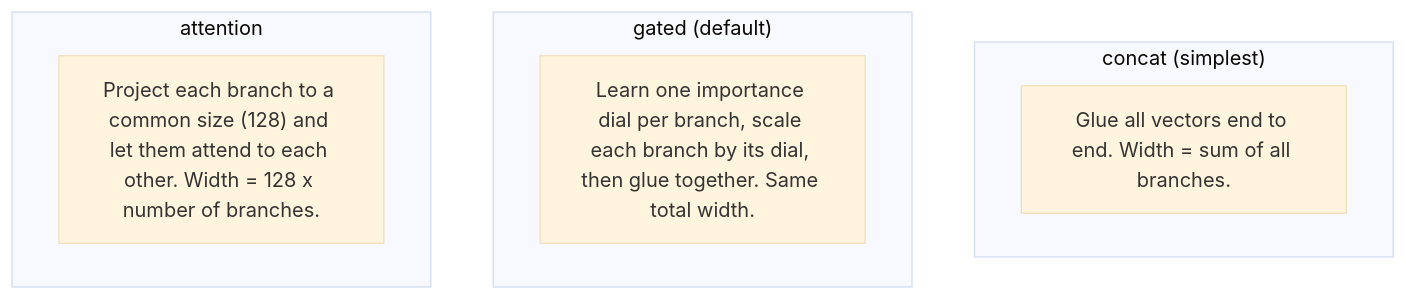
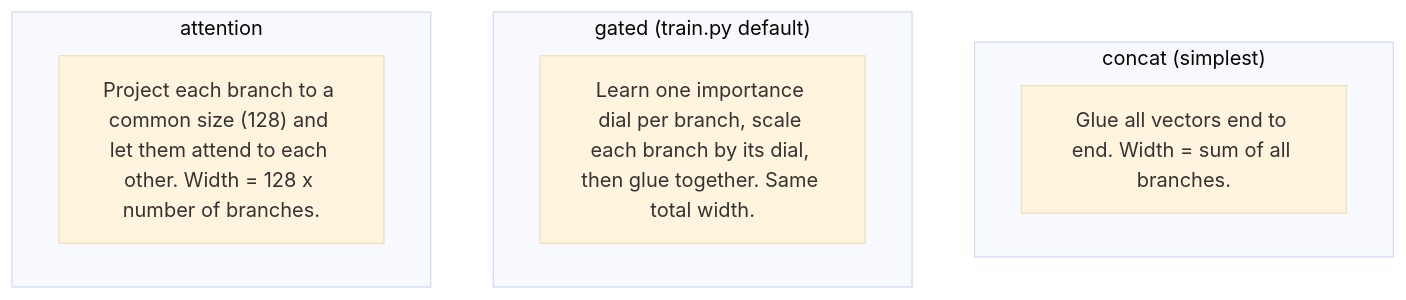
One commit to Algorithm-bot/ai-vs-real-face-detector changed the seventh of 9 diagrams in ai-vs-real-face-detector/PROJECT_ARCHITECTURE.md. Above: the diagram before and after it, drawn with Mermaid (base theme). The commit also changed other lines of this file and 5 other files, not shown here.

````diff
--- a/ai-vs-real-face-detector/PROJECT_ARCHITECTURE.md
+++ b/ai-vs-real-face-detector/PROJECT_ARCHITECTURE.md
@@ -233,12 +439,12 @@
 ```mermaid
 flowchart TD
     subgraph CONCAT["concat (simplest)"]
         c1["Glue all vectors end to end. Width = sum of all branches."]
     end
-    subgraph GATED["gated (default)"]
+    subgraph GATED["gated (train.py default)"]
         g1["Learn one importance dial per branch, scale each branch by its dial, then glue together. Same total width."]
     end
     subgraph ATTENTION["attention"]
         a1["Project each branch to a common size (128) and let them attend to each other. Width = 128 x number of branches."]
     end
 ```
````
